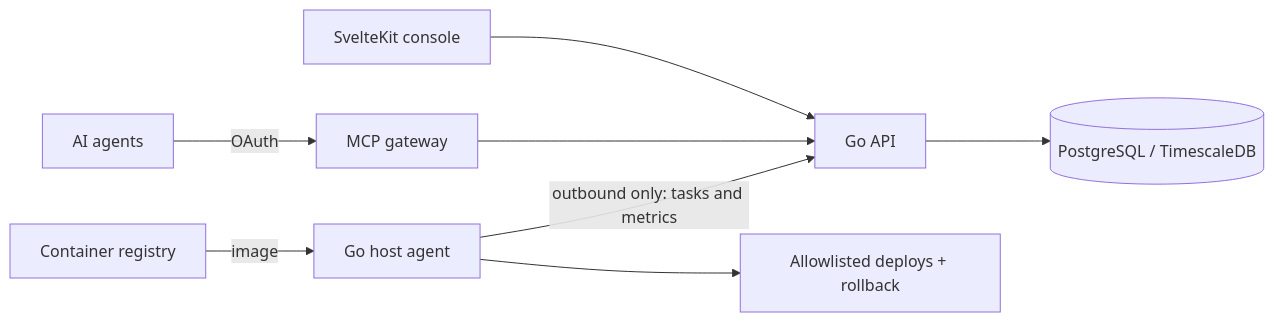
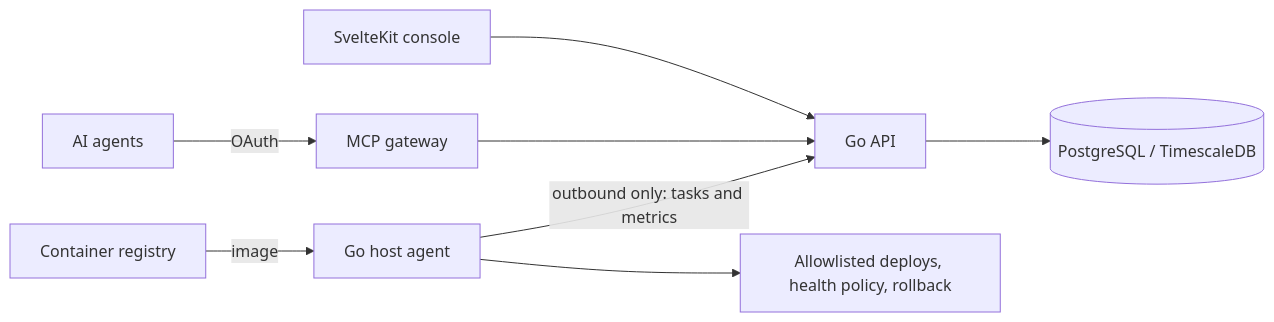
The diagram in src/en/products/deploybot.md (binartist/about-me), drawn with Mermaid before and after one commit. The commit also changed other lines of this file and 1 other file, not shown here.

````diff
--- a/src/en/products/deploybot.md
+++ b/src/en/products/deploybot.md
@@ -12,10 +12,10 @@
 ```mermaid
 flowchart LR
   Agents[AI agents] -->|OAuth| MCP[MCP gateway]
   Console[SvelteKit console] --> API[Go API]
   MCP --> API
   API --> PG[(PostgreSQL / TimescaleDB)]
   HostAgent[Go host agent] -->|outbound only: tasks and metrics| API
   Registry[Container registry] -->|image| HostAgent
-  HostAgent --> Deploy[Allowlisted deploys + rollback]
+  HostAgent --> Deploy[Allowlisted deploys, health policy, rollback]
 ```
````
